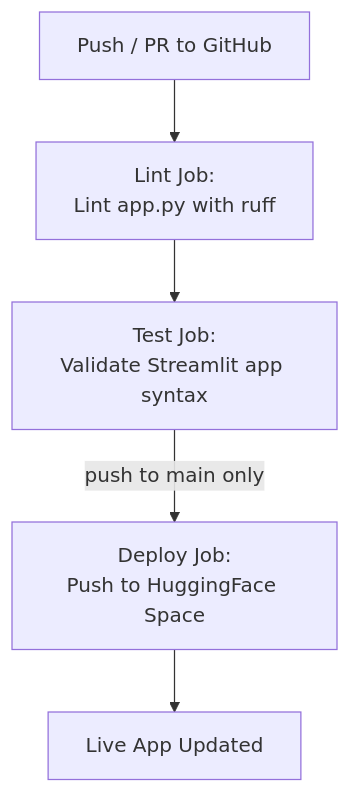
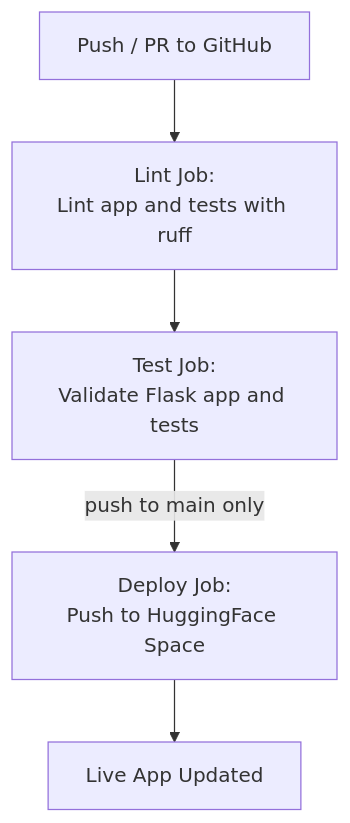
The second of 2 diagrams in README.md (lukeli-iott/super-power-hq-01), drawn with Mermaid before and after one commit. The commit also changed other lines of this file and 9 other files, not shown here.

````diff
--- a/README.md
+++ b/README.md
@@ -276,8 +68,8 @@
 ```mermaid
 flowchart TD
     Dev[Push / PR to GitHub]
-    Dev --> lint[Lint Job:<br/>Lint app.py with ruff]
-    lint[Lint Job:<br/>Lint app.py with ruff] --> test[Test Job:<br/>Validate Streamlit app syntax]
-    test[Test Job:<br/>Validate Streamlit app syntax] -->|push to main only| deploy[Deploy Job:<br/>Push to HuggingFace Space]
+    Dev --> lint[Lint Job:<br/>Lint app and tests with ruff]
+    lint[Lint Job:<br/>Lint app and tests with ruff] --> test[Test Job:<br/>Validate Flask app and tests]
+    test[Test Job:<br/>Validate Flask app and tests] -->|push to main only| deploy[Deploy Job:<br/>Push to HuggingFace Space]
     deploy --> Live[Live App Updated]
 ```
````
